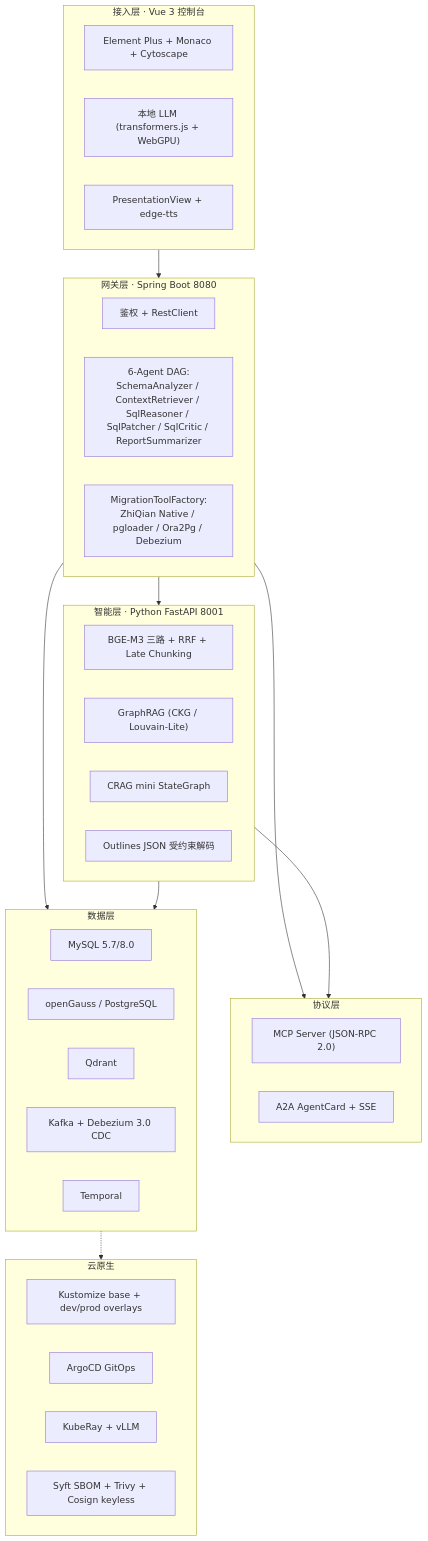
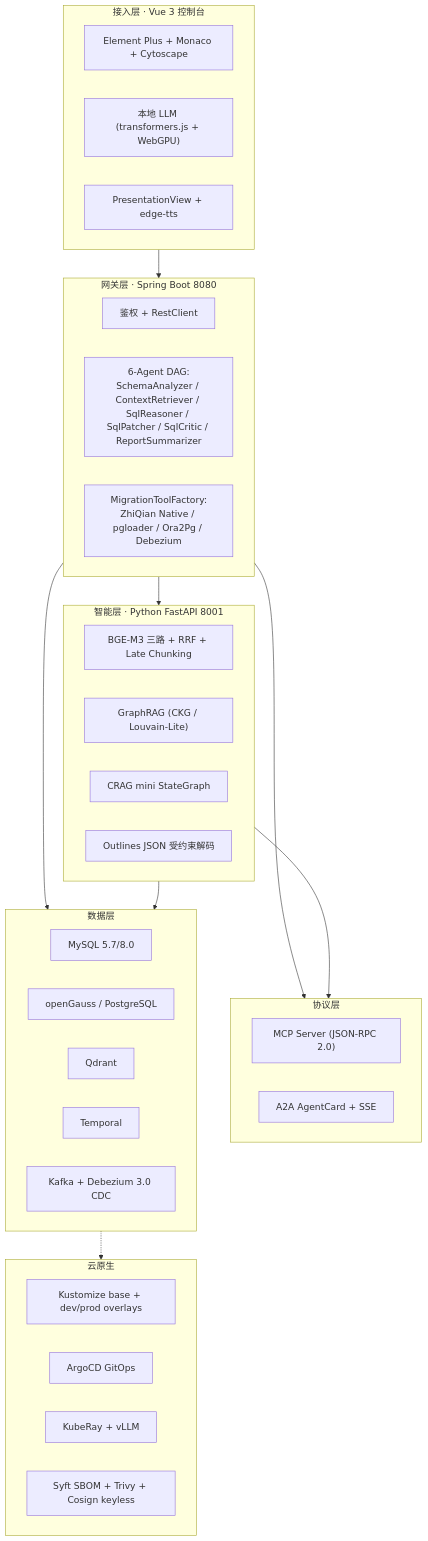
The diagram in docs/architecture/00-overall.md (anothersunset/zhixianyunshu), drawn with Mermaid before and after one commit. The commit also changed other lines of this file and 7 other files, not shown here.

````diff
--- a/docs/architecture/00-overall.md
+++ b/docs/architecture/00-overall.md
@@ -11,43 +13,43 @@
 ```mermaid
 flowchart TB
   subgraph L1["接入层 · Vue 3 控制台"]
     UI["Element Plus + Monaco + Cytoscape"]
     LL["本地 LLM (transformers.js + WebGPU)"]
     SLIDES["PresentationView + edge-tts"]
   end
   subgraph L2["网关层 · Spring Boot 8080"]
     AUTH["鉴权 + RestClient"]
     AGENT["6-Agent DAG:<br/>SchemaAnalyzer / ContextRetriever / SqlReasoner / SqlPatcher / SqlCritic / ReportSummarizer"]
     MIG["MigrationToolFactory:<br/>ZhiQian Native / pgloader / Ora2Pg / Debezium"]
   end
   subgraph L3["智能层 · Python FastAPI 8001"]
     RAG["BGE-M3 三路 + RRF + Late Chunking"]
     GRAPH["GraphRAG (CKG / Louvain-Lite)"]
     CRAG["CRAG mini StateGraph"]
     OUT["Outlines JSON 受约束解码"]
   end
   subgraph L4["协议层"]
     MCP["MCP Server (JSON-RPC 2.0)"]
     A2A["A2A AgentCard + SSE"]
   end
   subgraph L5["数据层"]
     MYSQL["MySQL 5.7/8.0"]
     OG["openGauss / PostgreSQL"]
     QD["Qdrant"]
+    TEMP["Temporal"]
     KAFKA["Kafka + Debezium 3.0 CDC"]
-    TEMP["Temporal"]
   end
   subgraph L6["云原生"]
     K8S["Kustomize base + dev/prod overlays"]
     ARGO["ArgoCD GitOps"]
     RAY["KubeRay + vLLM"]
     SEC["Syft SBOM + Trivy + Cosign keyless"]
   end
 
   L1 --> L2 --> L3
   L2 --> L4
   L3 --> L4
   L2 --> L5
   L3 --> L5
   L5 -.-> L6
 ```
````
